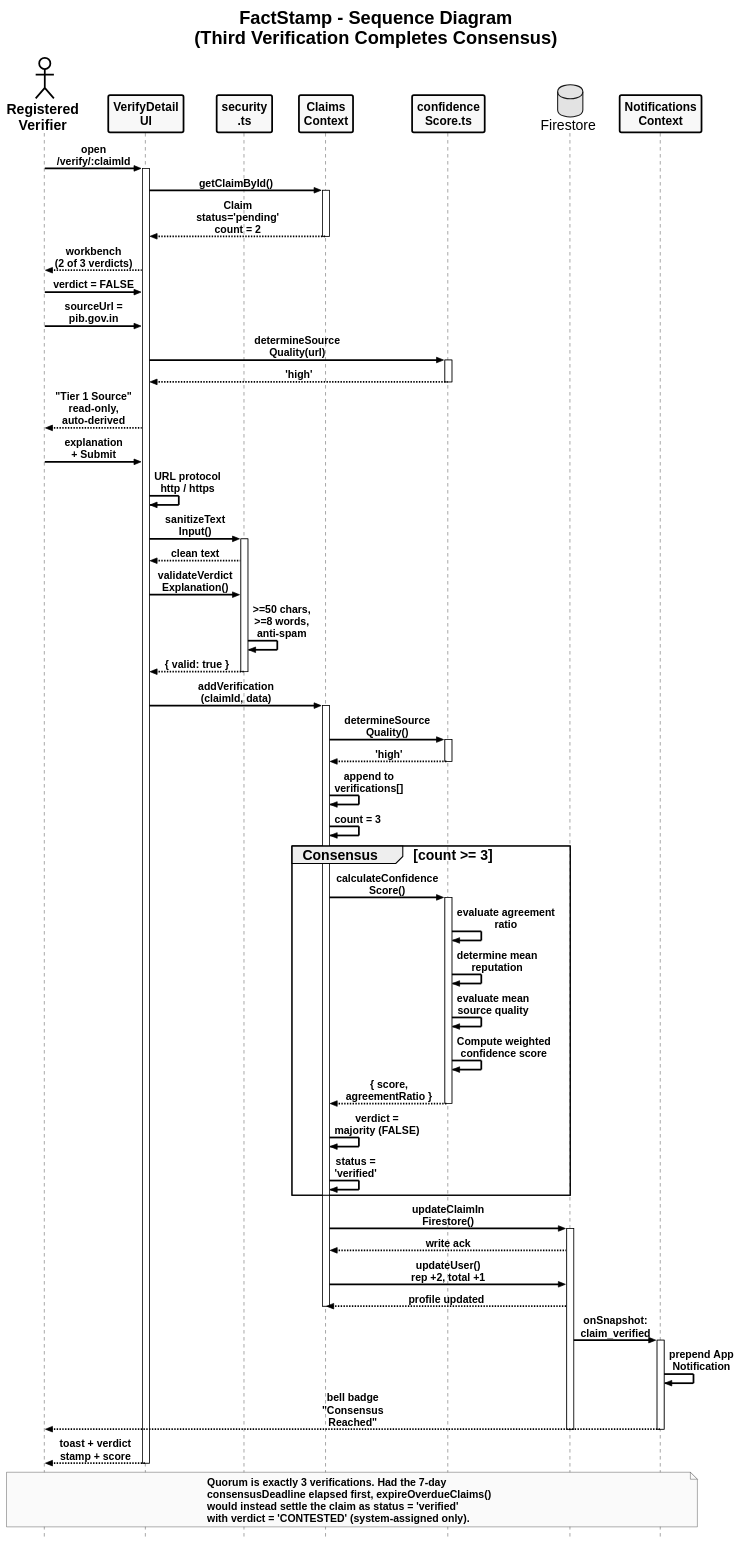
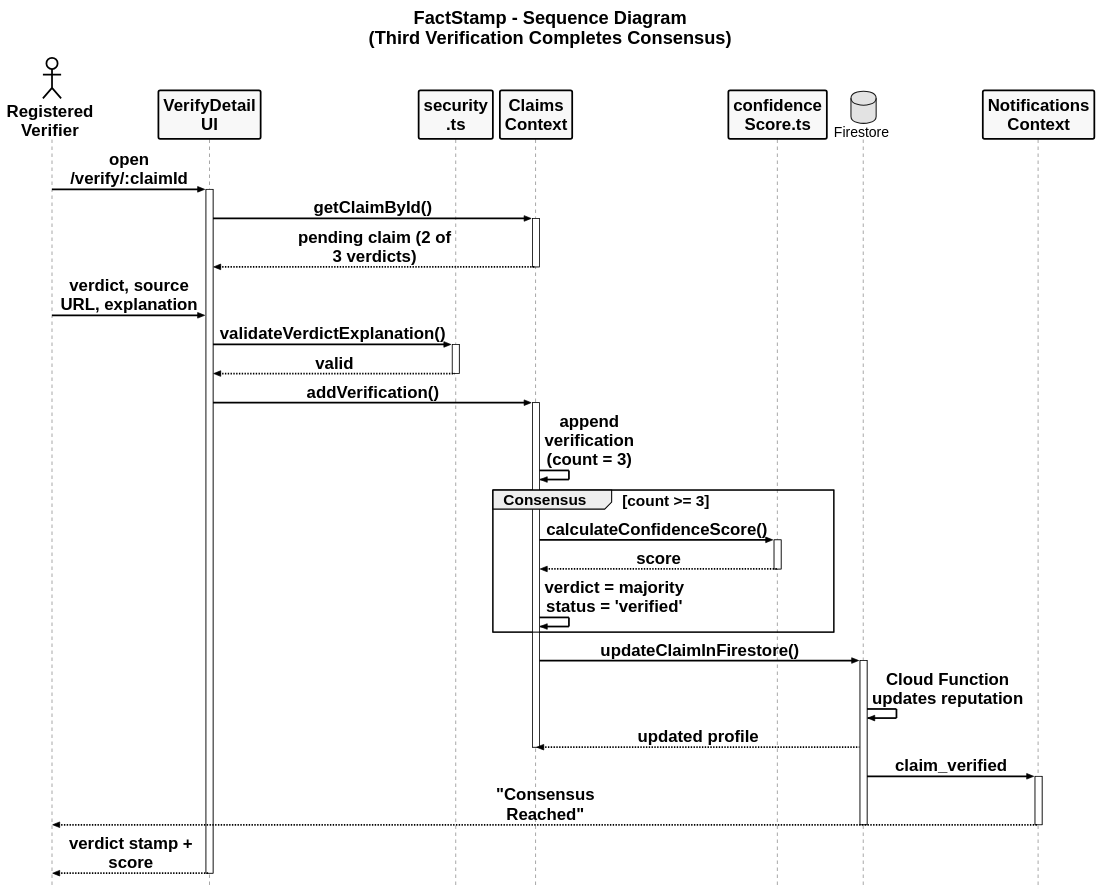
The diagram in FactStamp/black_book_draft/03_Requirements_and_Analysis/attachments/sequence_diagram.puml (aadish0day/typst), drawn with PlantUML before and after one commit. The commit also changed 52 other files, not shown here.

First line of the commit message:
docs(FactStamp): trim black book chapters and rebuild diagrams from code

```diff
--- a/FactStamp/black_book_draft/03_Requirements_and_Analysis/attachments/sequence_diagram.puml
+++ b/FactStamp/black_book_draft/03_Requirements_and_Analysis/attachments/sequence_diagram.puml
@@ -1,130 +1,99 @@
 @startuml
 skinparam style strictuml
 skinparam monochrome true
 skinparam defaultFontName "Liberation Sans"
 skinparam defaultFontSize 20
 skinparam defaultFontStyle bold
 skinparam titleFontSize 26
 skinparam titleFontStyle bold
 
 skinparam backgroundColor white
 skinparam ArrowColor black
 skinparam ArrowThickness 2.5
 skinparam ArrowFontSize 17
 skinparam ArrowFontStyle bold
 
 skinparam UsecaseBorderColor black
 skinparam UsecaseBorderThickness 2.5
 skinparam UsecaseBackgroundColor #F8F9FA
 skinparam UsecaseFontSize 19
 skinparam UsecaseFontStyle bold
 
 skinparam ActorBorderColor black
 skinparam ActorBorderThickness 2.5
 skinparam ActorBackgroundColor #FFFFFF
-skinparam ActorFontSize 20
+skinparam ActorFontSize 24
 skinparam ActorFontStyle bold
 
 skinparam RectangleBorderColor black
 skinparam RectangleBorderThickness 2.5
 skinparam RectangleBackgroundColor transparent
 skinparam RectangleFontSize 20
 skinparam RectangleFontStyle bold
 
 title FactStamp - Sequence Diagram\n(Third Verification Completes Consensus)
 
 skinparam ParticipantBorderColor black
 skinparam ParticipantBorderThickness 2.5
 skinparam ParticipantBackgroundColor #F8F9FA
-skinparam ParticipantFontSize 17
+skinparam ParticipantFontSize 24
 skinparam ParticipantFontStyle bold
 skinparam SequenceLifeLineBorderColor black
 skinparam SequenceLifeLineBorderThickness 2.0
 skinparam SequenceMessageAlignment center
-skinparam ArrowFontSize 15
-skinparam NoteFontSize 15
+skinparam ArrowFontSize 24
+skinparam NoteFontSize 17
 skinparam NoteFontStyle bold
-skinparam maxMessageSize 190
+skinparam maxMessageSize 220
+skinparam SequenceGroupHeaderFontSize 22
+skinparam SequenceGroupFontSize 22
+hide footbox
 
 actor "Registered\nVerifier" as V
 participant "VerifyDetail\nUI" as UI
 participant "security\n.ts" as SEC
 participant "Claims\nContext" as CTX
 participant "confidence\nScore.ts" as CONF
 database "Firestore" as FS
 participant "Notifications\nContext" as NOTIF
 
-V -> UI : open\n/verify/:claimId
+V -> UI : open /verify/:claimId
 activate UI
 UI -> CTX : getClaimById()
 activate CTX
-CTX --> UI : Claim\nstatus='pending'\ncount = 2
+CTX --> UI : pending claim (2 of 3 verdicts)
 deactivate CTX
-UI --> V : workbench\n(2 of 3 verdicts)
 
-V -> UI : verdict = FALSE
-V -> UI : sourceUrl =\npib.gov.in
-UI -> CONF : determineSource\nQuality(url)
-activate CONF
-CONF --> UI : 'high'
-deactivate CONF
-UI --> V : "Tier 1 Source"\nread-only,\nauto-derived
-
-V -> UI : explanation\n+ Submit
-UI -> UI : URL protocol\nhttp / https
-
-UI -> SEC : sanitizeText\nInput()
+V -> UI : verdict, source URL, explanation
+UI -> SEC : validateVerdictExplanation()
 activate SEC
-SEC --> UI : clean text
-UI -> SEC : validateVerdict\nExplanation()
-SEC -> SEC : >=50 chars,\n>=8 words,\nanti-spam
-SEC --> UI : { valid: true }
+SEC --> UI : valid
 deactivate SEC
 
-UI -> CTX : addVerification\n(claimId, data)
+UI -> CTX : addVerification()
 activate CTX
-CTX -> CONF : determineSource\nQuality()
-activate CONF
-CONF --> CTX : 'high'
-deactivate CONF
-CTX -> CTX : append to\nverifications[]
-CTX -> CTX : count = 3
+CTX -> CTX : append verification\n(count = 3)
 
 group Consensus [count >= 3]
-  CTX -> CONF : calculateConfidence\nScore()
+  CTX -> CONF : calculateConfidenceScore()
   activate CONF
-  CONF -> CONF : evaluate agreement\nratio
-  CONF -> CONF : determine mean\nreputation
-  CONF -> CONF : evaluate mean\nsource quality
-  CONF -> CONF : Compute weighted\nconfidence score
-  CONF --> CTX : { score,\nagreementRatio }
+  CONF --> CTX : score
   deactivate CONF
-  CTX -> CTX : verdict =\nmajority (FALSE)
-  CTX -> CTX : status =\n'verified'
+  CTX -> CTX : verdict = majority\nstatus = 'verified'
 end
 
-CTX -> FS : updateClaimIn\nFirestore()
+CTX -> FS : updateClaimInFirestore()
 activate FS
-FS --> CTX : write ack
-CTX -> FS : updateUser()\nrep +2, total +1
-FS --> CTX : profile updated
+FS -> FS : Cloud Function\nupdates reputation
+FS --> CTX : updated profile
 deactivate CTX
 
-FS -> NOTIF : onSnapshot:\nclaim_verified
+FS -> NOTIF : claim_verified
 activate NOTIF
-NOTIF -> NOTIF : prepend App\nNotification
-NOTIF --> V : bell badge\n"Consensus\nReached"
+NOTIF --> V : "Consensus Reached"
 deactivate NOTIF
 deactivate FS
 
-UI --> V : toast + verdict\nstamp + score
+UI --> V : verdict stamp + score
 deactivate UI
-
-note over V, NOTIF
-  Quorum is exactly 3 verifications. Had the 7-day
-  consensusDeadline elapsed first, expireOverdueClaims()
-  would instead settle the claim as status = 'verified'
-  with verdict = 'CONTESTED' (system-assigned only).
-end note
-
 @enduml
```
